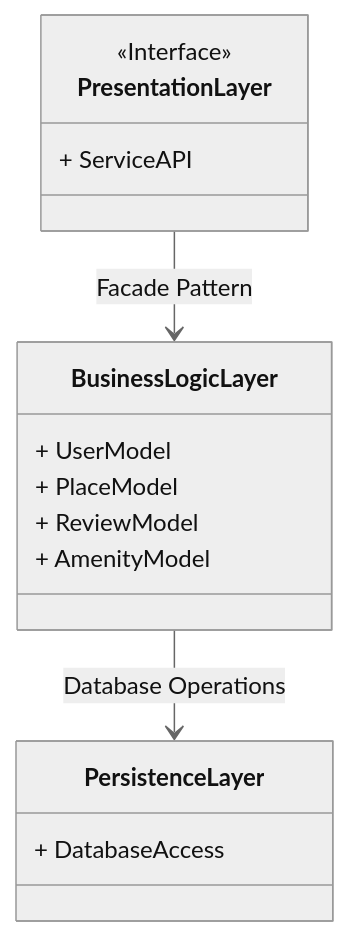
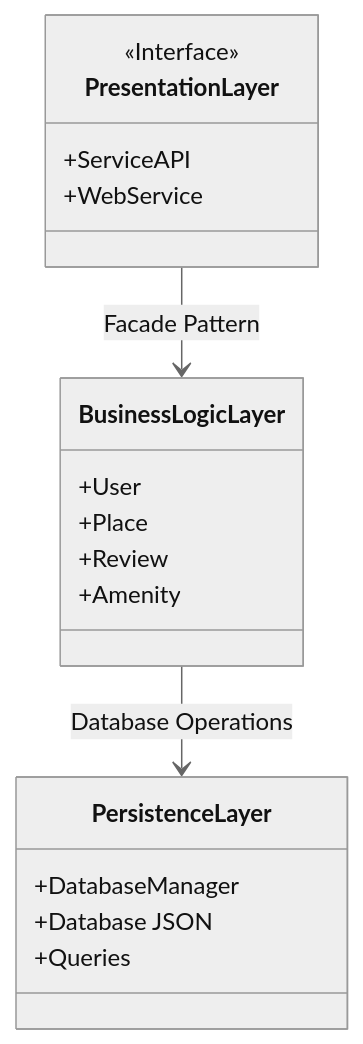
The first of 6 diagrams in Part1_UML/README.md (SDINAHET/HBnB), drawn with Mermaid (neutral theme) before and after one commit. The commit also changed other lines of this file, not shown here.

Commit message:
update file readme

````diff
--- a/Part1_UML/README.md
+++ b/Part1_UML/README.md
@@ -21,21 +20,24 @@
 ```mermaid
 classDiagram
-class PresentationLayer {
-    <<Interface>>
-    + ServiceAPI
-}
+	class PresentationLayer {
+		<<Interface>>
+		+ServiceAPI
+		+WebService
+	}
 
-class BusinessLogicLayer {
-    + UserModel
-    + PlaceModel
-    + ReviewModel
-    + AmenityModel
-}
+	class BusinessLogicLayer {
+		+User
+		+Place
+		+Review
+		+Amenity
+	}
 
-class PersistenceLayer {
-    + DatabaseAccess
-}
+	class PersistenceLayer {
+		+DatabaseManager
+		+Database JSON
+		+Queries
+	}
 
-PresentationLayer --> BusinessLogicLayer : Facade Pattern
-BusinessLogicLayer --> PersistenceLayer : Database Operations
+	PresentationLayer --> BusinessLogicLayer : Facade Pattern
+	BusinessLogicLayer --> PersistenceLayer : Database Operations
 ```
````
